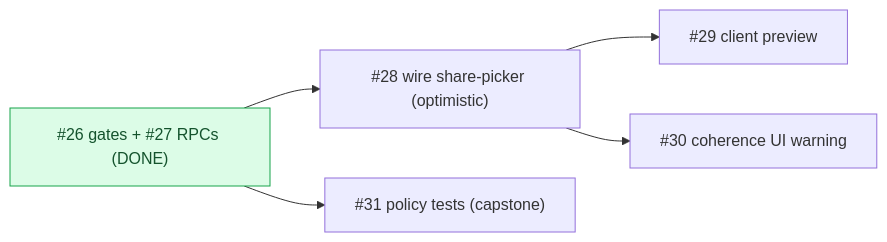
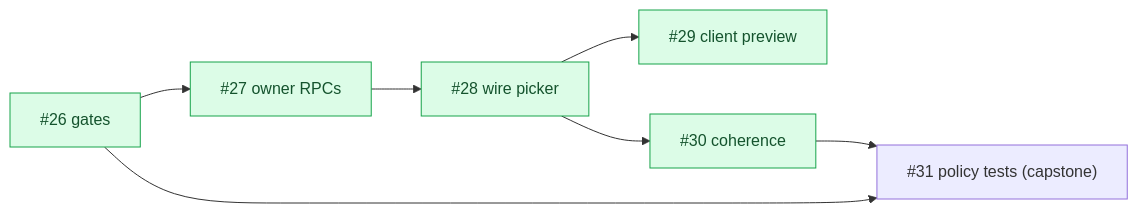
The first of 2 diagrams in docs/audits/milestone-Phase 4 - Visibility (allowlist)-audit.md (zestones/vista), drawn with Mermaid before and after one commit. The commit also changed other lines of this file and 1 other file, not shown here.

First line of the commit message:
test(allowlist): pgTAP capstone for client visibility (#31)

````diff
--- a/docs/audits/milestone-Phase 4 - Visibility (allowlist)-audit.md
+++ b/docs/audits/milestone-Phase 4 - Visibility (allowlist)-audit.md
@@ -18,8 +18,10 @@
 ```mermaid
 flowchart LR
-  D["#26 gates + #27 RPCs (DONE)"]:::done --> I28["#28 wire share-picker (optimistic)"]
-  I28 --> I29["#29 client preview"]
-  I28 --> I30["#30 coherence UI warning"]
-  D --> I31["#31 policy tests (capstone)"]
+  G["#26 gates"]:::done --> R["#27 owner RPCs"]:::done
+  R --> W["#28 wire picker"]:::done
+  W --> P["#29 client preview"]:::done
+  W --> C["#30 coherence"]:::done
+  G --> T["#31 policy tests (capstone)"]
+  C --> T
   classDef done fill:#dcfce7,stroke:#16a34a,color:#14532d;
 ```
````
